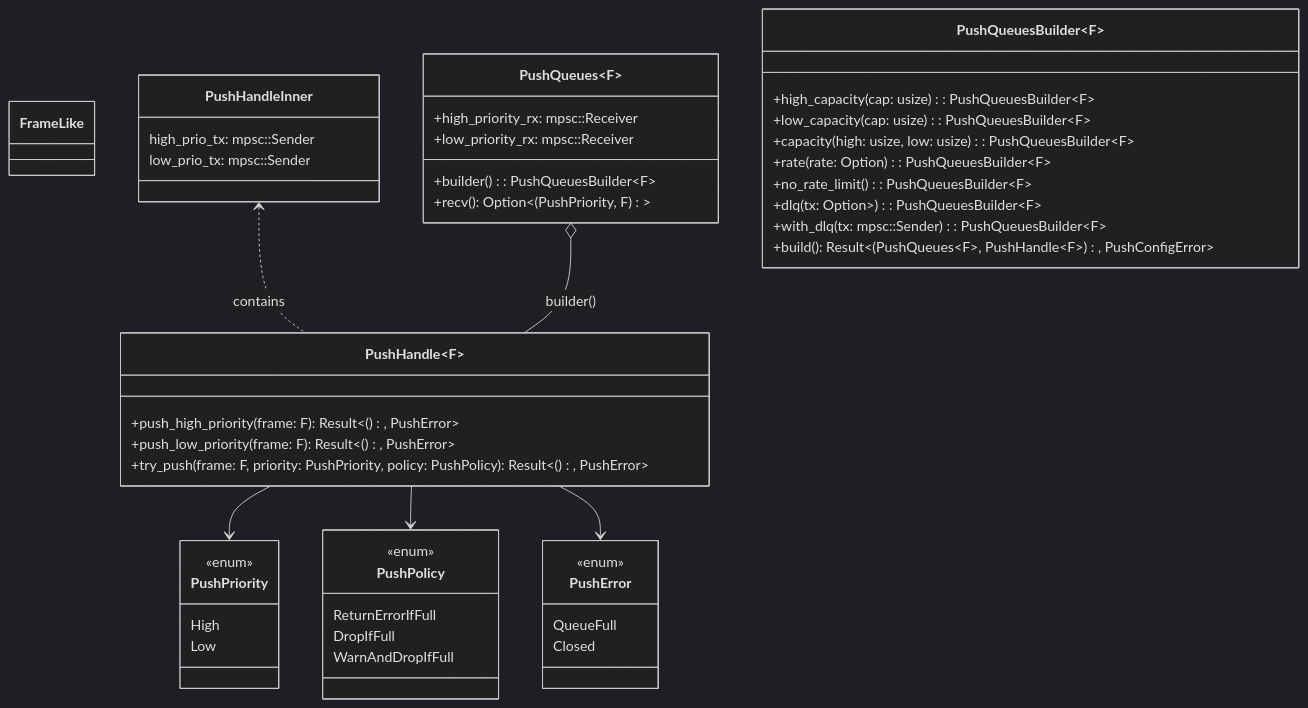
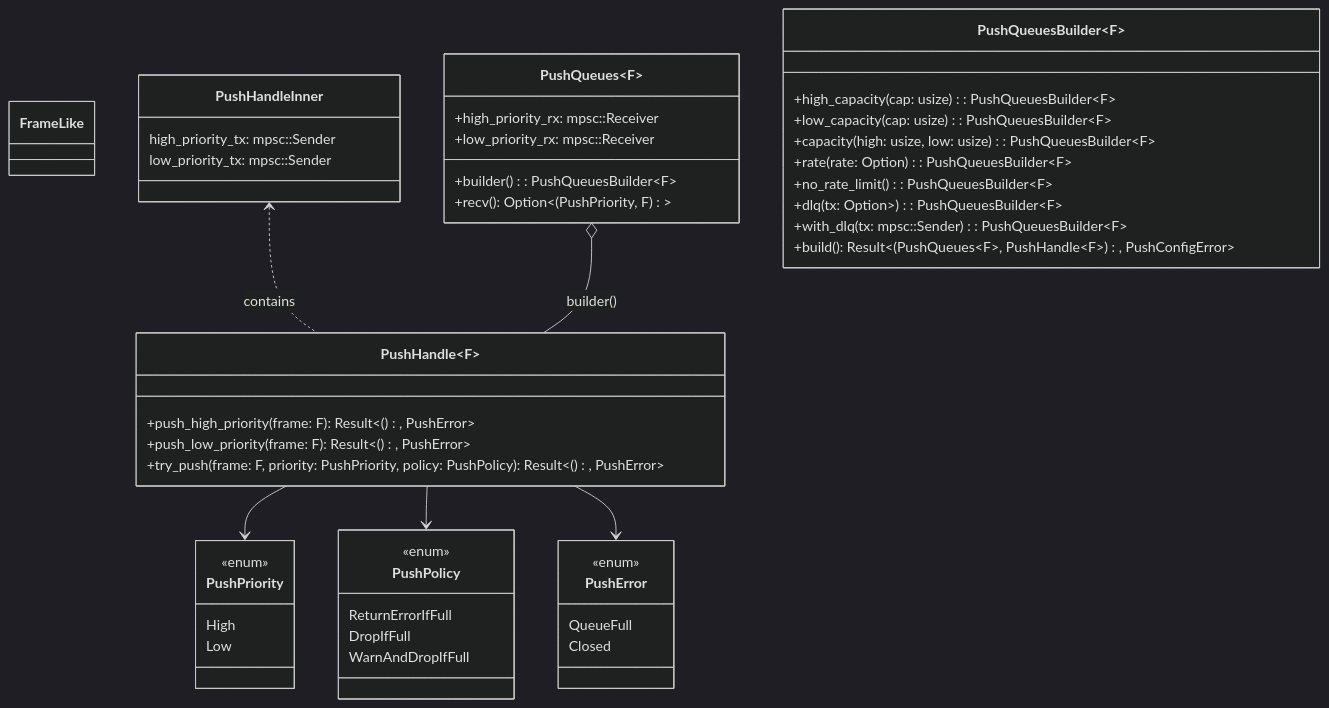
The fifth of 15 diagrams in docs/asynchronous-outbound-messaging-design.md (leynos/wireframe), drawn with Mermaid (dark theme) before and after one commit. The commit also changed other lines of this file and 3 other files, not shown here.

````diff
--- a/docs/asynchronous-outbound-messaging-design.md
+++ b/docs/asynchronous-outbound-messaging-design.md
@@ -324,52 +330,52 @@
 ```mermaid
 classDiagram
     class FrameLike {
     }
     class PushPriority {
         <<enum>>
         High
         Low
     }
     class PushPolicy {
         <<enum>>
         ReturnErrorIfFull
         DropIfFull
         WarnAndDropIfFull
     }
     class PushError {
         <<enum>>
         QueueFull
         Closed
     }
-    class PushHandleInner {
-        high_prio_tx: mpsc::Sender<F>
-        low_prio_tx: mpsc::Sender<F>
-    }
+      class PushHandleInner {
+        high_priority_tx: mpsc::Sender<F>
+        low_priority_tx: mpsc::Sender<F>
+      }
     class PushHandle~F~ {
         +push_high_priority(frame: F): Result<(), PushError>
         +push_low_priority(frame: F): Result<(), PushError>
         +try_push(frame: F, priority: PushPriority, policy: PushPolicy): Result<(), PushError>
     }
     class PushQueues~F~ {
         +high_priority_rx: mpsc::Receiver<F>
         +low_priority_rx: mpsc::Receiver<F>
         +builder(): PushQueuesBuilder~F~
         +recv(): Option<(PushPriority, F)>
     }
     class PushQueuesBuilder~F~ {
         +high_capacity(cap: usize): PushQueuesBuilder~F~
         +low_capacity(cap: usize): PushQueuesBuilder~F~
         +capacity(high: usize, low: usize): PushQueuesBuilder~F~
         +rate(rate: Option<usize>): PushQueuesBuilder~F~
         +no_rate_limit(): PushQueuesBuilder~F~
         +dlq(tx: Option<mpsc::Sender<F>>): PushQueuesBuilder~F~
         +with_dlq(tx: mpsc::Sender<F>): PushQueuesBuilder~F~
         +build(): Result<(PushQueues~F~, PushHandle~F~), PushConfigError>
     }
 
     PushHandleInner <.. PushHandle~F~ : contains
     PushQueues~F~ o-- PushHandle~F~ : builder()
     PushHandle --> PushPriority
     PushHandle --> PushPolicy
     PushHandle --> PushError
 ```
````
